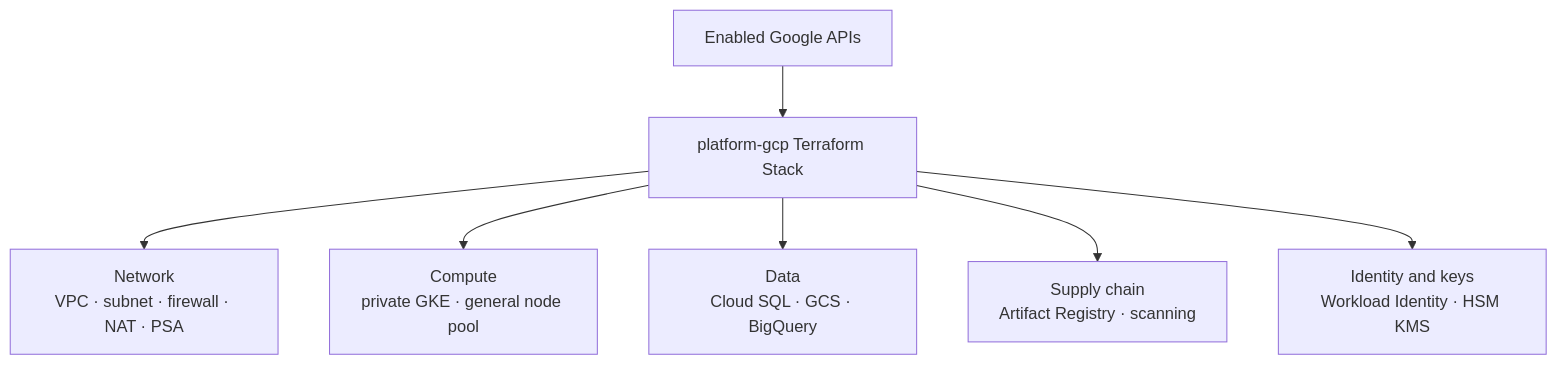
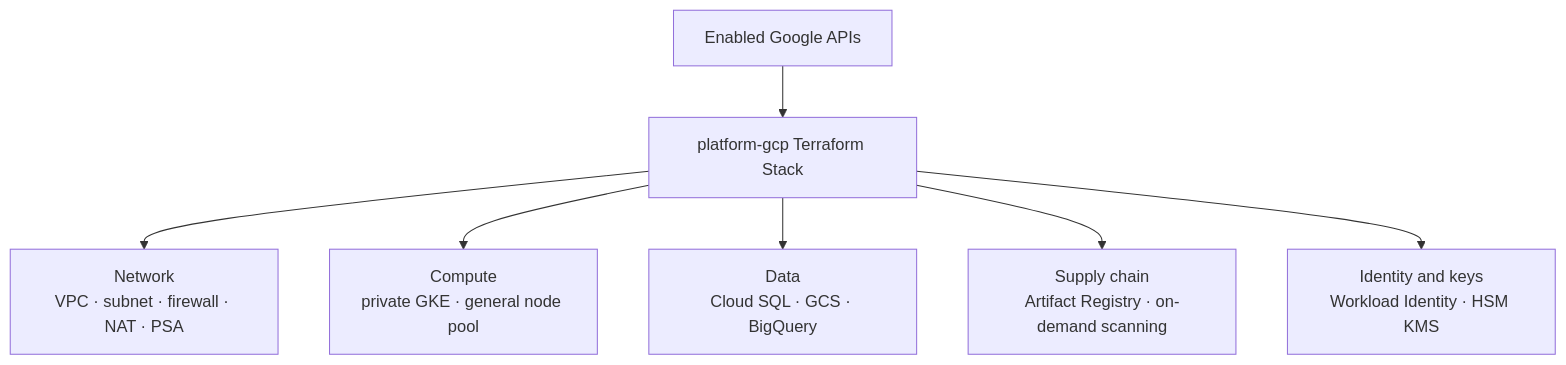
One commit to pilprod/yourown-chat changed the fourth of 9 diagrams in README.md. Above: the diagram before and after it, drawn with Mermaid. The commit also changed other lines of this file and 10 other files, not shown here.

````diff
--- a/README.md
+++ b/README.md
@@ -105,9 +105,9 @@
 ```mermaid
 flowchart TB
   API["Enabled Google APIs"] --> TF["platform-gcp Terraform Stack"]
   TF --> N["Network<br/>VPC · subnet · firewall · NAT · PSA"]
   TF --> C["Compute<br/>private GKE · general node pool"]
   TF --> D["Data<br/>Cloud SQL · GCS · BigQuery"]
-  TF --> S["Supply chain<br/>Artifact Registry · scanning"]
+  TF --> S["Supply chain<br/>Artifact Registry · on-demand scanning"]
   TF --> I["Identity and keys<br/>Workload Identity · HSM KMS"]
 ```
````
